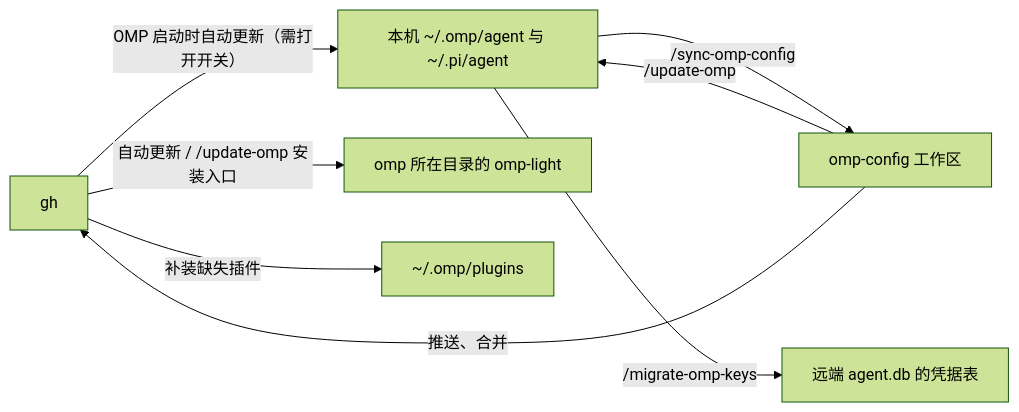
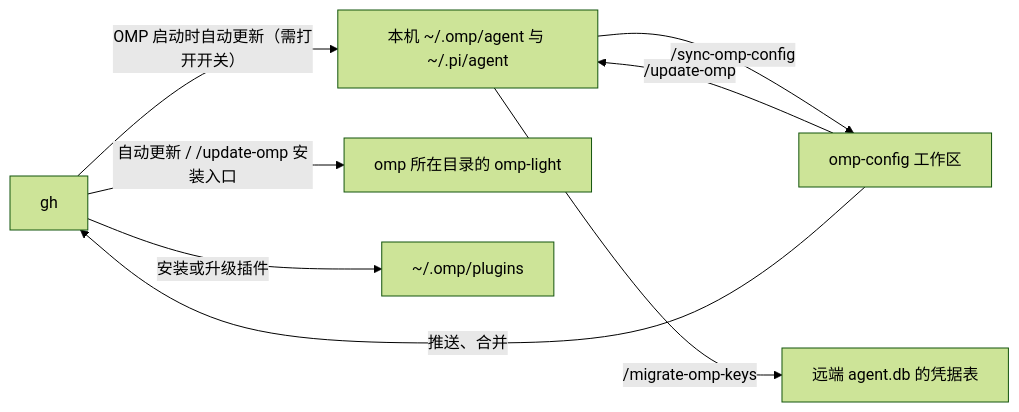
Before and after one commit to dbydd/oh-my-omomp: the diagram in README.zh-CN.md, drawn with Mermaid (forest theme). The commit also changed other lines of this file and 3 other files, not shown here.

````diff
--- a/README.zh-CN.md
+++ b/README.zh-CN.md
@@ -116,10 +116,10 @@
 ```mermaid
 flowchart LR
   gh -->|"OMP 启动时自动更新（需打开开关）"| local["本机 ~/.omp/agent 与 ~/.pi/agent"]
   repo["omp-config 工作区"] -->|"/update-omp"| local
   local -->|"/sync-omp-config"| repo
   repo -->|"推送、合并"| gh
   gh -->|"自动更新 / /update-omp 安装入口"| light["omp 所在目录的 omp-light"]
-  gh -->|"补装缺失插件"| plugins["~/.omp/plugins"]
+  gh -->|"安装或升级插件"| plugins["~/.omp/plugins"]
   local -->|"/migrate-omp-keys"| remote["远端 agent.db 的凭据表"]
 ```
````
